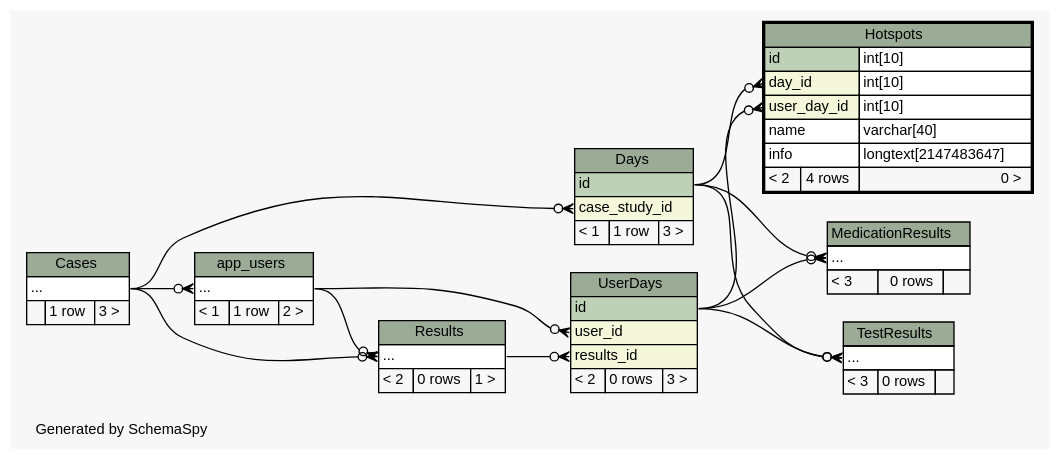
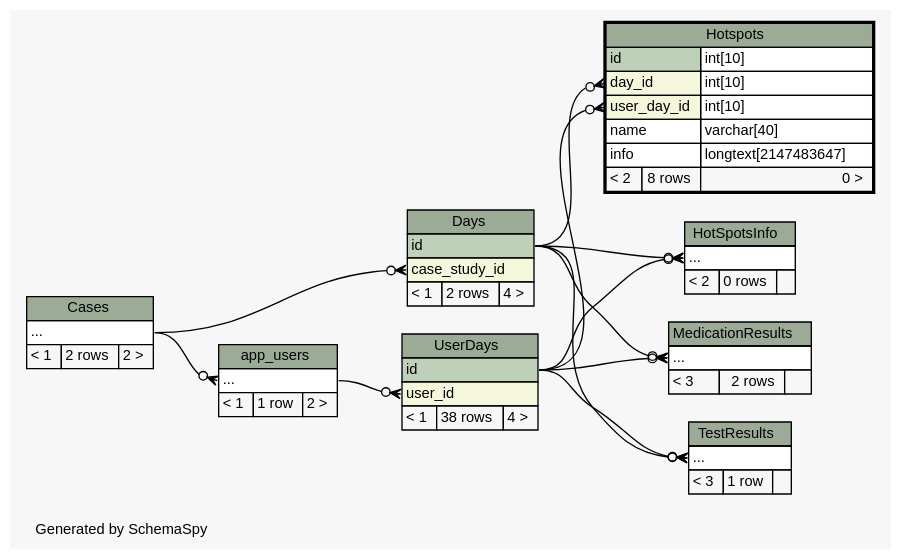
Before and after one commit to carrel2/CaseStudies: the diagram in web/files/schema/diagrams/Hotspots.2degrees.dot, drawn with Graphviz. The commit also changed 262 other files, not shown here.

```diff
--- a/web/files/schema/diagrams/Hotspots.2degrees.dot
+++ b/web/files/schema/diagrams/Hotspots.2degrees.dot
@@ -1,121 +1,119 @@
-// dot 2.38.0 on Linux 4.4.0-66-generic
+// dot 2.38.0 on Linux 4.4.0-67-generic
 // SchemaSpy rev 590
 digraph "twoDegreesRelationshipsDiagram" {
   graph [
     rankdir="RL"
     bgcolor="#f7f7f7"
     label="\nGenerated by SchemaSpy"
     labeljust="l"
     nodesep="0.18"
     ranksep="0.46"
     fontname="Helvetica"
     fontsize="11"
   ];
   node [
     fontname="Helvetica"
     fontsize="11"
     shape="plaintext"
   ];
   edge [
     arrowsize="0.8"
   ];
   "app_users":"elipses":w -> "Cases":"elipses":e [arrowhead=none dir=back arrowtail=crowodot];
   "Days":"case_study_id":w -> "Cases":"elipses":e [arrowhead=none dir=back arrowtail=crowodot];
   "Hotspots":"day_id":w -> "Days":"id":e [arrowhead=none dir=back arrowtail=crowodot];
   "Hotspots":"user_day_id":w -> "UserDays":"id":e [arrowhead=none dir=back arrowtail=crowodot];
+  "HotSpotsInfo":"elipses":w -> "Days":"id":e [arrowhead=none dir=back arrowtail=crowodot];
+  "HotSpotsInfo":"elipses":w -> "UserDays":"id":e [arrowhead=none dir=back arrowtail=crowodot];
   "MedicationResults":"elipses":w -> "Days":"id":e [arrowhead=none dir=back arrowtail=crowodot];
   "MedicationResults":"elipses":w -> "UserDays":"id":e [arrowhead=none dir=back arrowtail=crowodot];
-  "Results":"elipses":w -> "Cases":"elipses":e [arrowhead=none dir=back arrowtail=crowodot];
-  "Results":"elipses":w -> "app_users":"elipses":e [arrowhead=none dir=back arrowtail=crowodot];
   "TestResults":"elipses":w -> "Days":"id":e [arrowhead=none dir=back arrowtail=crowodot];
   "TestResults":"elipses":w -> "UserDays":"id":e [arrowhead=none dir=back arrowtail=crowodot];
-  "UserDays":"results_id":w -> "Results":"elipses":e [arrowhead=none dir=back arrowtail=crowodot];
   "UserDays":"user_id":w -> "app_users":"elipses":e [arrowhead=none dir=back arrowtail=crowodot];
   "app_users" [
     label=<
     <TABLE BORDER="0" CELLBORDER="1" CELLSPACING="0" BGCOLOR="#ffffff">
       <TR><TD COLSPAN="3" BGCOLOR="#9bab96" ALIGN="CENTER">app_users</TD></TR>
       <TR><TD PORT="elipses" COLSPAN="3" ALIGN="LEFT">...</TD></TR>
       <TR><TD ALIGN="LEFT" BGCOLOR="#f7f7f7">&lt; 1</TD><TD ALIGN="RIGHT" BGCOLOR="#f7f7f7">1 row</TD><TD ALIGN="RIGHT" BGCOLOR="#f7f7f7">2 &gt;</TD></TR>
     </TABLE>>
     URL="app_users.html"
     tooltip="app_users"
   ];
   "Cases" [
     label=<
     <TABLE BORDER="0" CELLBORDER="1" CELLSPACING="0" BGCOLOR="#ffffff">
       <TR><TD COLSPAN="3" BGCOLOR="#9bab96" ALIGN="CENTER">Cases</TD></TR>
       <TR><TD PORT="elipses" COLSPAN="3" ALIGN="LEFT">...</TD></TR>
-      <TR><TD ALIGN="LEFT" BGCOLOR="#f7f7f7">  </TD><TD ALIGN="RIGHT" BGCOLOR="#f7f7f7">1 row</TD><TD ALIGN="RIGHT" BGCOLOR="#f7f7f7">3 &gt;</TD></TR>
+      <TR><TD ALIGN="LEFT" BGCOLOR="#f7f7f7">&lt; 1</TD><TD ALIGN="RIGHT" BGCOLOR="#f7f7f7">2 rows</TD><TD ALIGN="RIGHT" BGCOLOR="#f7f7f7">2 &gt;</TD></TR>
     </TABLE>>
     URL="Cases.html"
     tooltip="Cases"
   ];
   "Days" [
     label=<
     <TABLE BORDER="0" CELLBORDER="1" CELLSPACING="0" BGCOLOR="#ffffff">
       <TR><TD COLSPAN="3" BGCOLOR="#9bab96" ALIGN="CENTER">Days</TD></TR>
       <TR><TD PORT="id" COLSPAN="3" BGCOLOR="#bed1b8" ALIGN="LEFT">id</TD></TR>
       <TR><TD PORT="case_study_id" COLSPAN="3" BGCOLOR="#f4f7da" ALIGN="LEFT">case_study_id</TD></TR>
-      <TR><TD ALIGN="LEFT" BGCOLOR="#f7f7f7">&lt; 1</TD><TD ALIGN="RIGHT" BGCOLOR="#f7f7f7">1 row</TD><TD ALIGN="RIGHT" BGCOLOR="#f7f7f7">3 &gt;</TD></TR>
+      <TR><TD ALIGN="LEFT" BGCOLOR="#f7f7f7">&lt; 1</TD><TD ALIGN="RIGHT" BGCOLOR="#f7f7f7">2 rows</TD><TD ALIGN="RIGHT" BGCOLOR="#f7f7f7">4 &gt;</TD></TR>
     </TABLE>>
     URL="Days.html"
     tooltip="Days"
   ];
   "Hotspots" [
     label=<
     <TABLE BORDER="2" CELLBORDER="1" CELLSPACING="0" BGCOLOR="#ffffff">
       <TR><TD COLSPAN="3" BGCOLOR="#9bab96" ALIGN="CENTER">Hotspots</TD></TR>
       <TR><TD PORT="id" COLSPAN="2" BGCOLOR="#bed1b8" ALIGN="LEFT">id</TD><TD PORT="id.type" ALIGN="LEFT">int[10]</TD></TR>
       <TR><TD PORT="day_id" COLSPAN="2" BGCOLOR="#f4f7da" ALIGN="LEFT">day_id</TD><TD PORT="day_id.type" ALIGN="LEFT">int[10]</TD></TR>
       <TR><TD PORT="user_day_id" COLSPAN="2" BGCOLOR="#f4f7da" ALIGN="LEFT">user_day_id</TD><TD PORT="user_day_id.type" ALIGN="LEFT">int[10]</TD></TR>
       <TR><TD PORT="name" COLSPAN="2" ALIGN="LEFT">name</TD><TD PORT="name.type" ALIGN="LEFT">varchar[40]</TD></TR>
       <TR><TD PORT="info" COLSPAN="2" ALIGN="LEFT">info</TD><TD PORT="info.type" ALIGN="LEFT">longtext[2147483647]</TD></TR>
-      <TR><TD ALIGN="LEFT" BGCOLOR="#f7f7f7">&lt; 2</TD><TD ALIGN="RIGHT" BGCOLOR="#f7f7f7">4 rows</TD><TD ALIGN="RIGHT" BGCOLOR="#f7f7f7">0 &gt;</TD></TR>
+      <TR><TD ALIGN="LEFT" BGCOLOR="#f7f7f7">&lt; 2</TD><TD ALIGN="RIGHT" BGCOLOR="#f7f7f7">8 rows</TD><TD ALIGN="RIGHT" BGCOLOR="#f7f7f7">0 &gt;</TD></TR>
     </TABLE>>
     URL="Hotspots.html"
     tooltip="Hotspots"
+  ];
+  "HotSpotsInfo" [
+    label=<
+    <TABLE BORDER="0" CELLBORDER="1" CELLSPACING="0" BGCOLOR="#ffffff">
+      <TR><TD COLSPAN="3" BGCOLOR="#9bab96" ALIGN="CENTER">HotSpotsInfo</TD></TR>
+      <TR><TD PORT="elipses" COLSPAN="3" ALIGN="LEFT">...</TD></TR>
+      <TR><TD ALIGN="LEFT" BGCOLOR="#f7f7f7">&lt; 2</TD><TD ALIGN="RIGHT" BGCOLOR="#f7f7f7">0 rows</TD><TD ALIGN="RIGHT" BGCOLOR="#f7f7f7">  </TD></TR>
+    </TABLE>>
+    URL="HotSpotsInfo.html"
+    tooltip="HotSpotsInfo"
   ];
   "MedicationResults" [
     label=<
     <TABLE BORDER="0" CELLBORDER="1" CELLSPACING="0" BGCOLOR="#ffffff">
       <TR><TD COLSPAN="3" BGCOLOR="#9bab96" ALIGN="CENTER">MedicationResults</TD></TR>
       <TR><TD PORT="elipses" COLSPAN="3" ALIGN="LEFT">...</TD></TR>
-      <TR><TD ALIGN="LEFT" BGCOLOR="#f7f7f7">&lt; 3</TD><TD ALIGN="RIGHT" BGCOLOR="#f7f7f7">0 rows</TD><TD ALIGN="RIGHT" BGCOLOR="#f7f7f7">  </TD></TR>
+      <TR><TD ALIGN="LEFT" BGCOLOR="#f7f7f7">&lt; 3</TD><TD ALIGN="RIGHT" BGCOLOR="#f7f7f7">2 rows</TD><TD ALIGN="RIGHT" BGCOLOR="#f7f7f7">  </TD></TR>
     </TABLE>>
     URL="MedicationResults.html"
     tooltip="MedicationResults"
-  ];
-  "Results" [
-    label=<
-    <TABLE BORDER="0" CELLBORDER="1" CELLSPACING="0" BGCOLOR="#ffffff">
-      <TR><TD COLSPAN="3" BGCOLOR="#9bab96" ALIGN="CENTER">Results</TD></TR>
-      <TR><TD PORT="elipses" COLSPAN="3" ALIGN="LEFT">...</TD></TR>
-      <TR><TD ALIGN="LEFT" BGCOLOR="#f7f7f7">&lt; 2</TD><TD ALIGN="RIGHT" BGCOLOR="#f7f7f7">0 rows</TD><TD ALIGN="RIGHT" BGCOLOR="#f7f7f7">1 &gt;</TD></TR>
-    </TABLE>>
-    URL="Results.html"
-    tooltip="Results"
   ];
   "TestResults" [
     label=<
     <TABLE BORDER="0" CELLBORDER="1" CELLSPACING="0" BGCOLOR="#ffffff">
       <TR><TD COLSPAN="3" BGCOLOR="#9bab96" ALIGN="CENTER">TestResults</TD></TR>
       <TR><TD PORT="elipses" COLSPAN="3" ALIGN="LEFT">...</TD></TR>
-      <TR><TD ALIGN="LEFT" BGCOLOR="#f7f7f7">&lt; 3</TD><TD ALIGN="RIGHT" BGCOLOR="#f7f7f7">0 rows</TD><TD ALIGN="RIGHT" BGCOLOR="#f7f7f7">  </TD></TR>
+      <TR><TD ALIGN="LEFT" BGCOLOR="#f7f7f7">&lt; 3</TD><TD ALIGN="RIGHT" BGCOLOR="#f7f7f7">1 row</TD><TD ALIGN="RIGHT" BGCOLOR="#f7f7f7">  </TD></TR>
     </TABLE>>
     URL="TestResults.html"
     tooltip="TestResults"
   ];
   "UserDays" [
     label=<
     <TABLE BORDER="0" CELLBORDER="1" CELLSPACING="0" BGCOLOR="#ffffff">
       <TR><TD COLSPAN="3" BGCOLOR="#9bab96" ALIGN="CENTER">UserDays</TD></TR>
       <TR><TD PORT="id" COLSPAN="3" BGCOLOR="#bed1b8" ALIGN="LEFT">id</TD></TR>
       <TR><TD PORT="user_id" COLSPAN="3" BGCOLOR="#f4f7da" ALIGN="LEFT">user_id</TD></TR>
-      <TR><TD PORT="results_id" COLSPAN="3" BGCOLOR="#f4f7da" ALIGN="LEFT">results_id</TD></TR>
-      <TR><TD ALIGN="LEFT" BGCOLOR="#f7f7f7">&lt; 2</TD><TD ALIGN="RIGHT" BGCOLOR="#f7f7f7">0 rows</TD><TD ALIGN="RIGHT" BGCOLOR="#f7f7f7">3 &gt;</TD></TR>
+      <TR><TD ALIGN="LEFT" BGCOLOR="#f7f7f7">&lt; 1</TD><TD ALIGN="RIGHT" BGCOLOR="#f7f7f7">38 rows</TD><TD ALIGN="RIGHT" BGCOLOR="#f7f7f7">4 &gt;</TD></TR>
     </TABLE>>
     URL="UserDays.html"
     tooltip="UserDays"
   ];
 }
```
